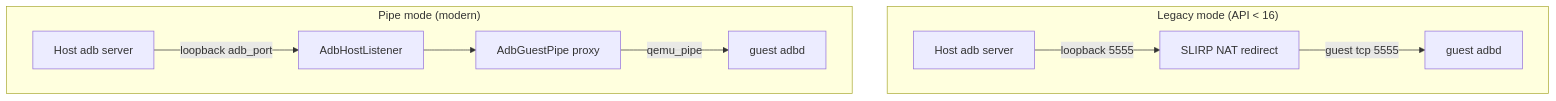
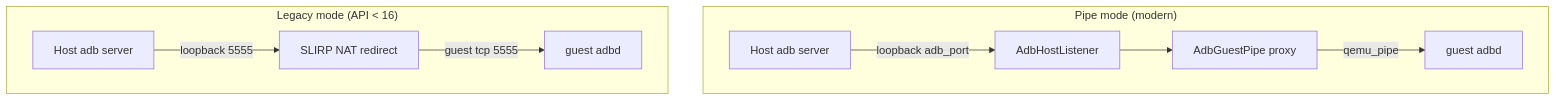
One commit to aospbooks/android-emulator-internal-book changed the first of 5 diagrams in 20-adb-integration.md. Above: the diagram before and after it, drawn with Mermaid. The commit also changed other lines of this file and 31 other files, not shown here.

````diff
--- a/20-adb-integration.md
+++ b/20-adb-integration.md
@@ -43,14 +43,14 @@
 ```mermaid
 flowchart TB
-    subgraph LEGACY["Legacy mode (API < 16)"]
-        direction LR
-        L1["Host adb server"] -->|"loopback 5555"| L2["SLIRP NAT redirect"]
-        L2 -->|"guest tcp 5555"| L3["guest adbd"]
-    end
     subgraph PIPE["Pipe mode (modern)"]
         direction LR
         P1["Host adb server"] -->|"loopback adb_port"| P2["AdbHostListener"]
         P2 --> P3["AdbGuestPipe proxy"]
         P3 -->|"qemu_pipe"| P4["guest adbd"]
     end
+    subgraph LEGACY["Legacy mode (API < 16)"]
+        direction LR
+        L1["Host adb server"] -->|"loopback 5555"| L2["SLIRP NAT redirect"]
+        L2 -->|"guest tcp 5555"| L3["guest adbd"]
+    end
 ```
````
